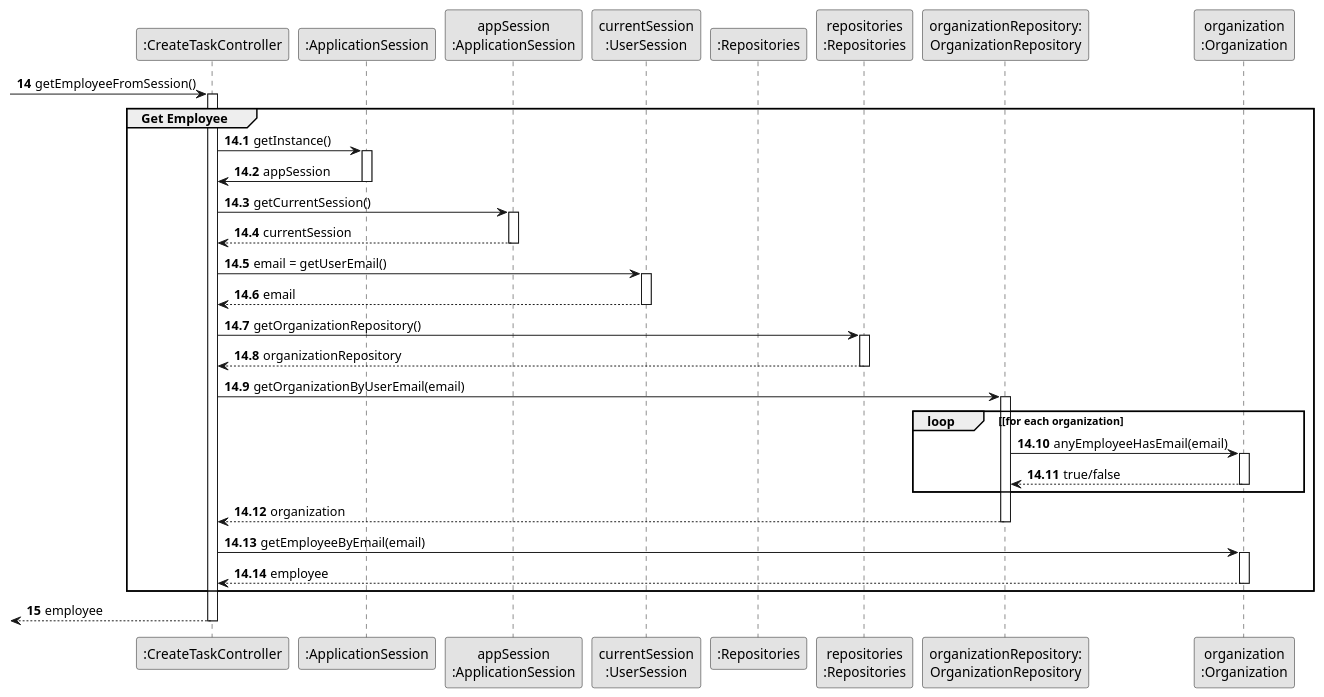
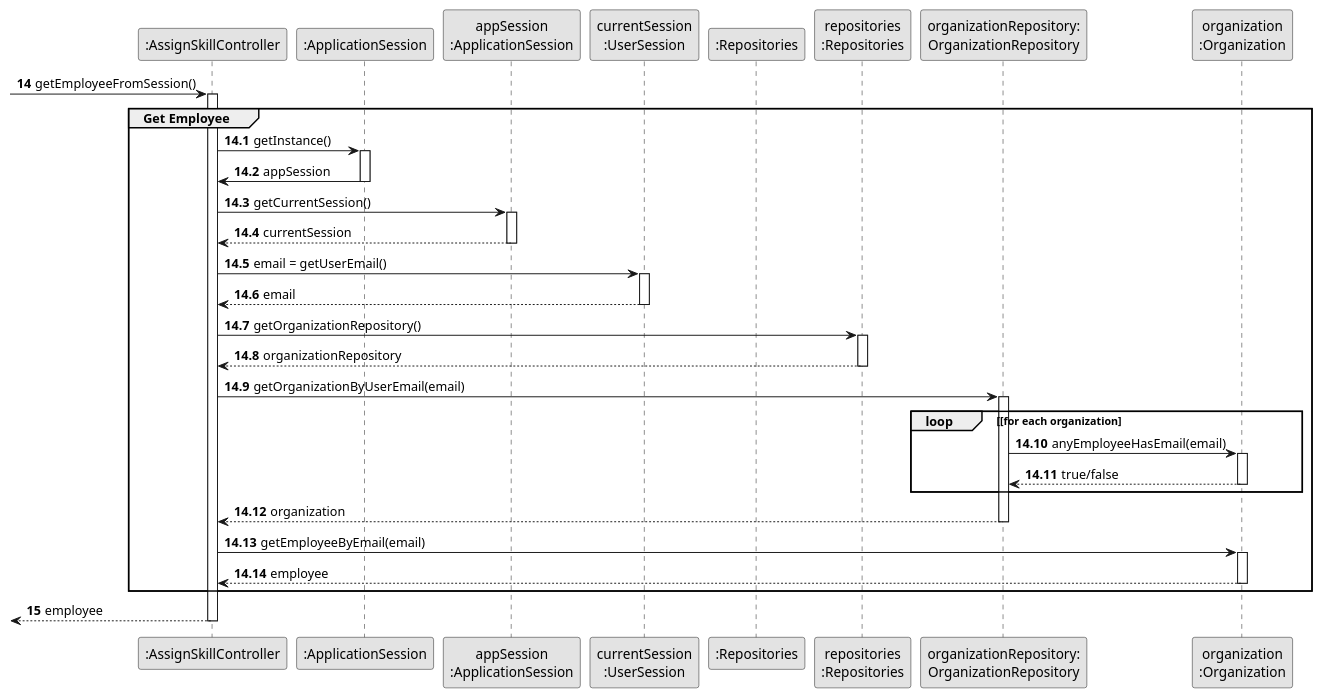
The diagram in docs/sprint2/us004/03.design/puml/us004-sequence-diagram-partial-get-employee.puml (tiagosoa/lei-24-s2-1dgh-g073), drawn with PlantUML before and after one commit. The commit also changed 21 other files, not shown here.

```diff
--- a/docs/sprint2/us004/03.design/puml/us004-sequence-diagram-partial-get-employee.puml
+++ b/docs/sprint2/us004/03.design/puml/us004-sequence-diagram-partial-get-employee.puml
@@ -1,72 +1,72 @@
 @startuml
 skinparam monochrome true
 skinparam packageStyle rectangle
 skinparam shadowing false
 
 
 
 'hide footbox
-participant ":CreateTaskController" as CTRL
+participant ":AssignSkillController" as CTRL
 participant ":ApplicationSession" as _APP
 participant "appSession\n:ApplicationSession" as APP
 participant "currentSession\n:UserSession" as SESSAO
 participant ":Repositories" as RepositorySingleton
 participant "repositories\n:Repositories" as PLAT
 participant "organizationRepository:\nOrganizationRepository" as OrganizationRepository
 participant "organization\n:Organization" as ORG
 
 autonumber 14
 -> CTRL : getEmployeeFromSession()
 autonumber 14.1
 activate CTRL
 
     group Get Employee
         CTRL -> _APP: getInstance()
         activate _APP
             _APP -> CTRL: appSession
         deactivate _APP
 
         CTRL -> APP: getCurrentSession()
         activate APP
 
             APP --> CTRL: currentSession
         deactivate APP
 
         CTRL -> SESSAO: email = getUserEmail()
         activate SESSAO
 
             SESSAO --> CTRL: email
         deactivate SESSAO
 
         CTRL -> PLAT: getOrganizationRepository()
         activate PLAT
 
             PLAT --> CTRL: organizationRepository
         deactivate PLAT
 
         CTRL -> OrganizationRepository: getOrganizationByUserEmail(email)
         activate OrganizationRepository
 
             loop [for each organization
                 OrganizationRepository -> ORG : anyEmployeeHasEmail(email)
                 activate ORG
 
                      ORG --> OrganizationRepository : true/false
                 deactivate ORG
             end
 
             OrganizationRepository --> CTRL : organization
 
         deactivate OrganizationRepository
 
         CTRL -> ORG: getEmployeeByEmail(email)
         activate ORG
 
             ORG --> CTRL : employee
         deactivate ORG
     end
     autonumber 15
     <-- CTRL : employee
 deactivate CTRL
 
 @enduml
```
